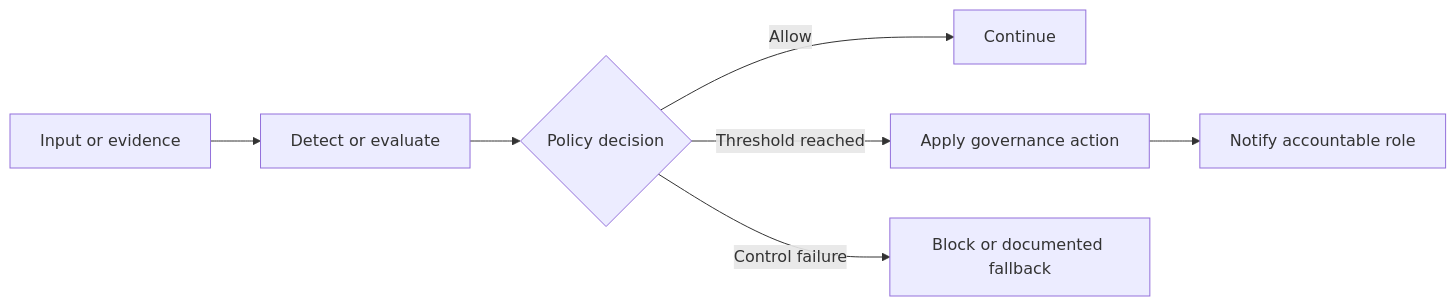
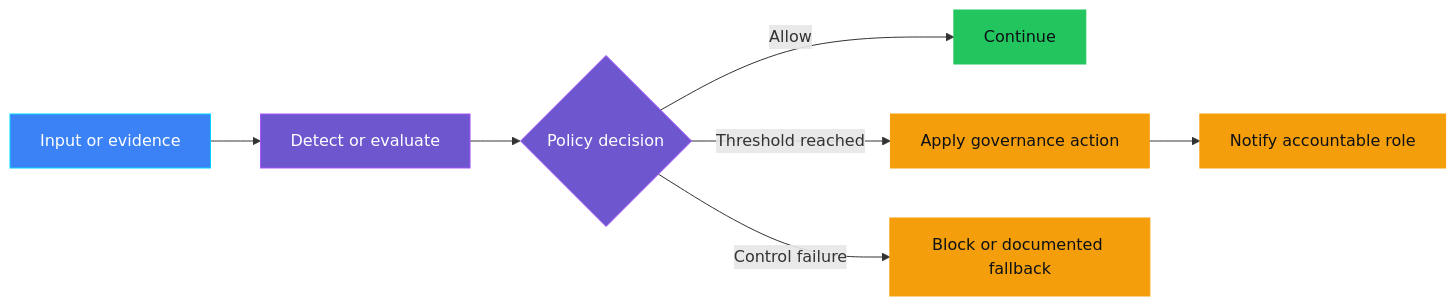
The first of 2 diagrams in docs/control-readme-template.md (doruit/forged-with-foundry), drawn with Mermaid before and after one commit. The commit also changed other lines of this file and 167 other files, not shown here.

````diff
--- a/docs/control-readme-template.md
+++ b/docs/control-readme-template.md
@@ -36,9 +40,18 @@
 ```mermaid
 flowchart LR
     I[Input or evidence] --> D[Detect or evaluate]
     D --> P{Policy decision}
     P -->|Allow| A[Continue]
     P -->|Threshold reached| G[Apply governance action]
     P -->|Control failure| B[Block or documented fallback]
     G --> O[Notify accountable role]
+
+    classDef governance fill:#6E56CF,stroke:#A855F7,color:#FFFFFF
+    classDef platform fill:#3B82F6,stroke:#00D4FF,color:#FFFFFF
+    classDef success fill:#22C55E,stroke:#22C55E,color:#0D1117
+    classDef attention fill:#F59E0B,stroke:#F59E0B,color:#0D1117
+    class D,P governance
+    class I platform
+    class A success
+    class G,B,O attention
 ```
````
